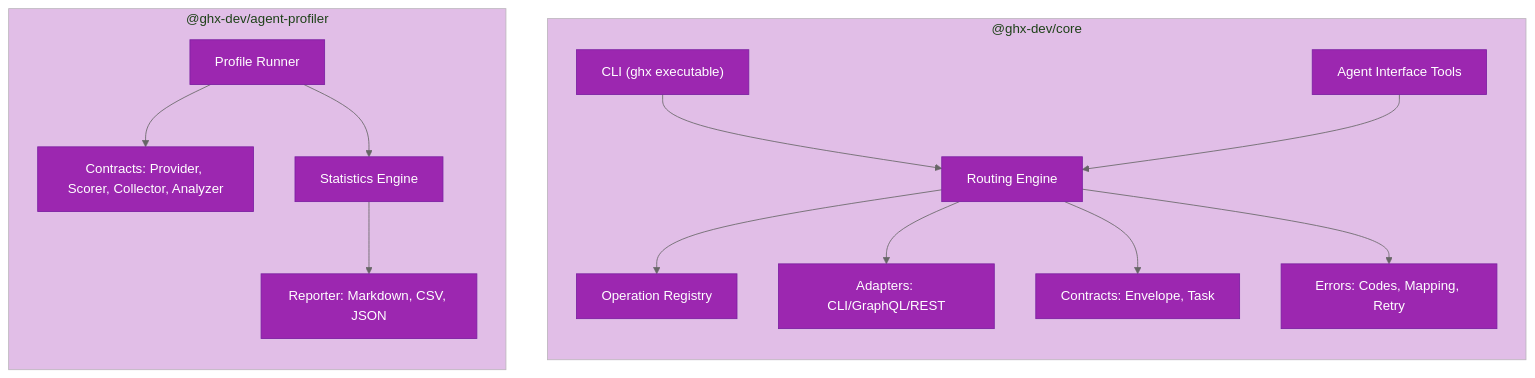
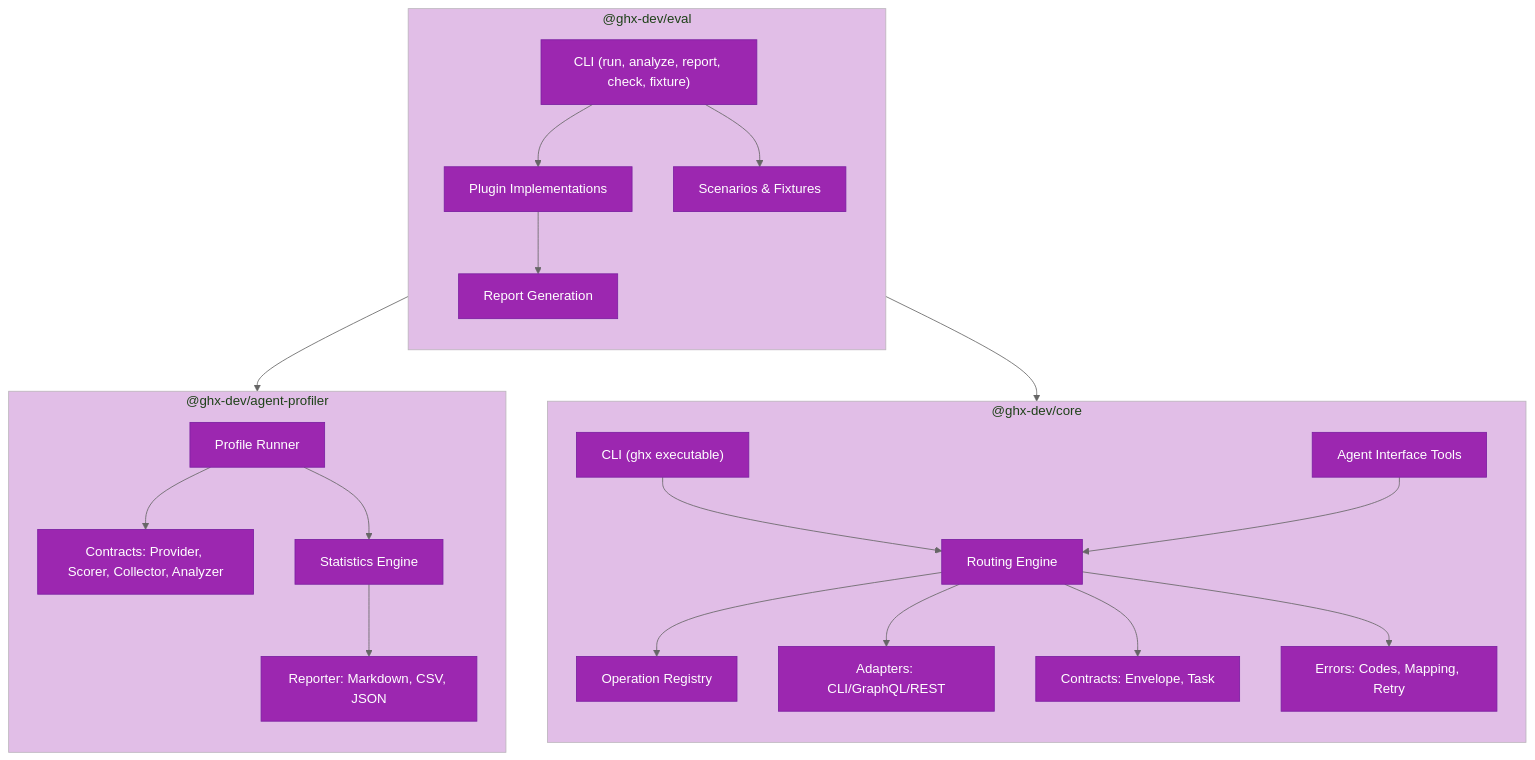
One commit to aryeko/ghx changed the diagram in docs/architecture/repository-structure.md. Above: the diagram before and after it, drawn with Mermaid. The commit also changed other lines of this file and 7 other files, not shown here.

First line of the commit message:
docs: replace stale benchmark refs with agent-profiler and eval across root-level docs

````diff
--- a/docs/architecture/repository-structure.md
+++ b/docs/architecture/repository-structure.md
@@ -290,31 +351,45 @@
 ```mermaid
 %%{init: {'theme': 'base', 'themeVariables': {'primaryColor': '#9C27B0', 'primaryTextColor': '#fff', 'primaryBorderColor': '#7B1FA2', 'lineColor': '#666', 'secondaryColor': '#CE93D8', 'tertiaryColor': '#E1BEE7'}}}%%
 graph TB
     subgraph NPM["@ghx-dev/core"]
         direction TB
         CLI["CLI (ghx executable)"]
         Routing["Routing Engine"]
         Registry["Operation Registry"]
         Adapters["Adapters: CLI/GraphQL/REST"]
         Contracts["Contracts: Envelope, Task"]
         Errors["Errors: Codes, Mapping, Retry"]
         Agent["Agent Interface Tools"]
         CLI --> Routing
         Routing --> Registry
         Routing --> Adapters
         Routing --> Contracts
         Routing --> Errors
         Agent --> Routing
     end
 
     subgraph Profiler["@ghx-dev/agent-profiler"]
         direction TB
         ProfileRunner["Profile Runner"]
         Contracts2["Contracts: Provider, Scorer, Collector, Analyzer"]
         Stats["Statistics Engine"]
         Reporter["Reporter: Markdown, CSV, JSON"]
         ProfileRunner --> Contracts2
         ProfileRunner --> Stats
         Stats --> Reporter
     end
+
+    subgraph Eval["@ghx-dev/eval"]
+        direction TB
+        EvalCLI["CLI (run, analyze, report, check, fixture)"]
+        Plugins["Plugin Implementations"]
+        Scenarios["Scenarios & Fixtures"]
+        EvalReport["Report Generation"]
+        EvalCLI --> Plugins
+        EvalCLI --> Scenarios
+        Plugins --> EvalReport
+    end
+
+    Eval --> Profiler
+    Eval --> NPM
 ```
````
